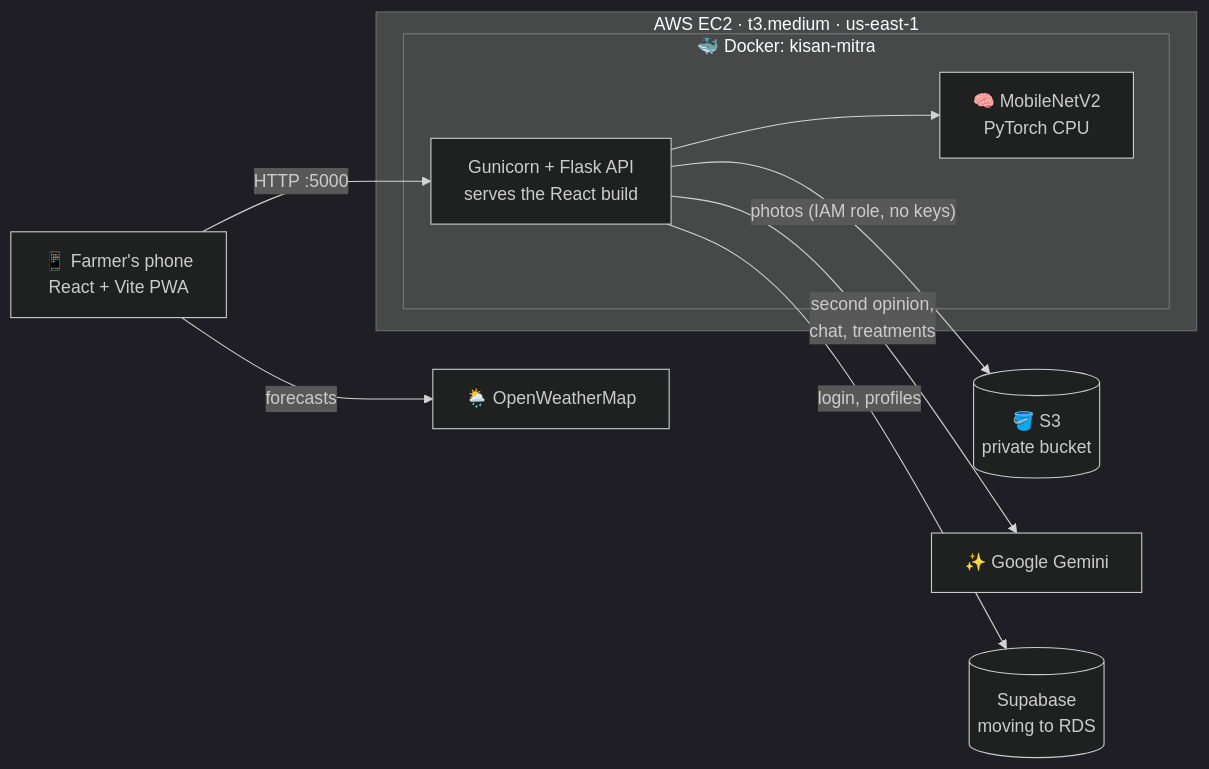
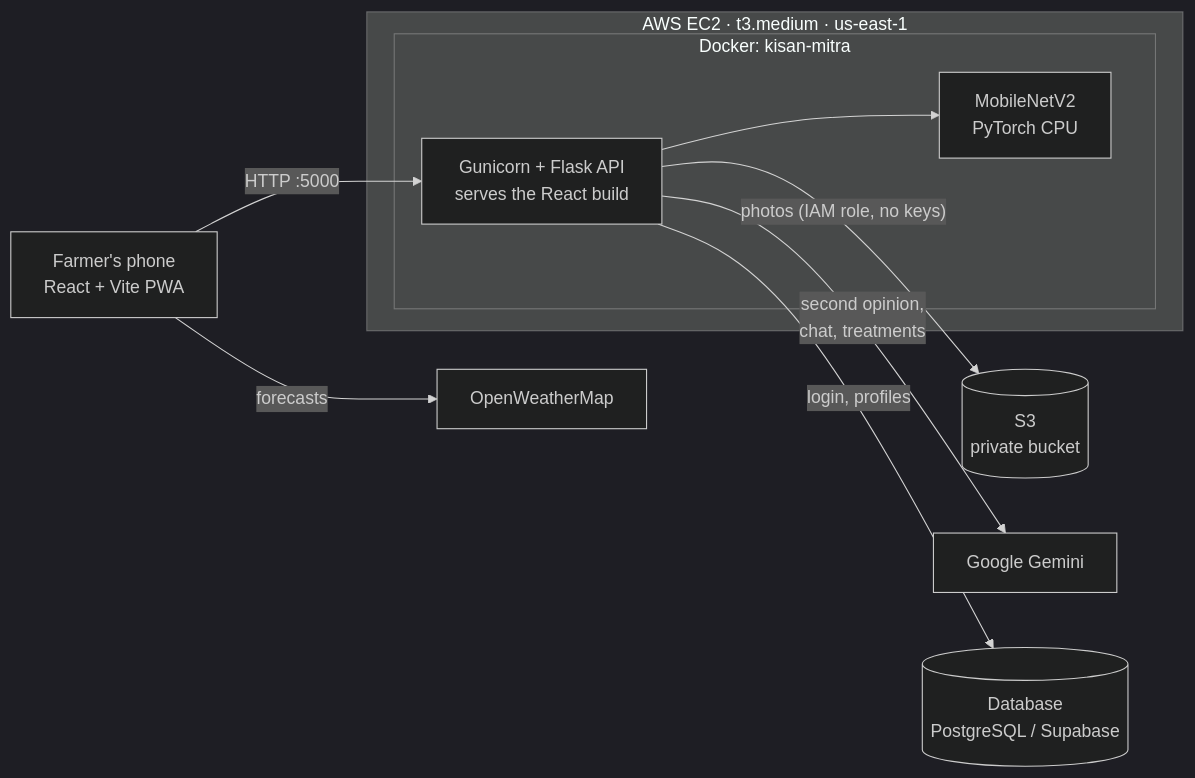
Before and after one commit to loadingscreen78/KISAN-Mitra-: the diagram in README.md, drawn with Mermaid (dark theme). The commit also changed other lines of this file and 10 other files, not shown here.

````diff
--- a/README.md
+++ b/README.md
@@ -97,17 +113,17 @@
 ```mermaid
 flowchart LR
-    U["📱 Farmer's phone<br/>React + Vite PWA"] -->|HTTP :5000| G
+    U["Farmer's phone<br/>React + Vite PWA"] -->|HTTP :5000| G
 
     subgraph EC2["AWS EC2 · t3.medium · us-east-1"]
-        subgraph D["🐳 Docker: kisan-mitra"]
+        subgraph D["Docker: kisan-mitra"]
             G["Gunicorn + Flask API<br/>serves the React build"]
-            M["🧠 MobileNetV2<br/>PyTorch CPU"]
+            M["MobileNetV2<br/>PyTorch CPU"]
             G --> M
         end
     end
 
-    G -->|"photos (IAM role, no keys)"| S3[("🪣 S3<br/>private bucket")]
-    G -->|"second opinion,<br/>chat, treatments"| GM["✨ Google Gemini"]
-    G -->|"login, profiles"| SB[("Supabase<br/>moving to RDS")]
-    U -->|forecasts| W["🌦️ OpenWeatherMap"]
+    G -->|"photos (IAM role, no keys)"| S3[("S3<br/>private bucket")]
+    G -->|"second opinion,<br/>chat, treatments"| GM["Google Gemini"]
+    G -->|"login, profiles"| SB[("Database<br/>PostgreSQL / Supabase")]
+    U -->|forecasts| W["OpenWeatherMap"]
 ```
````
